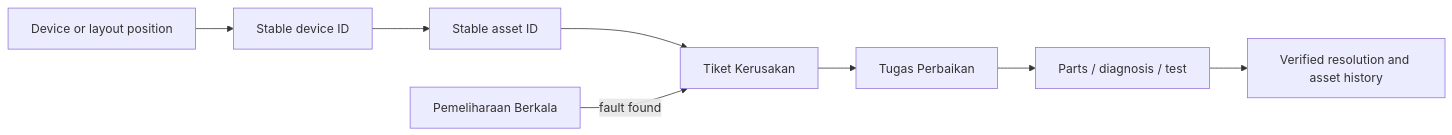
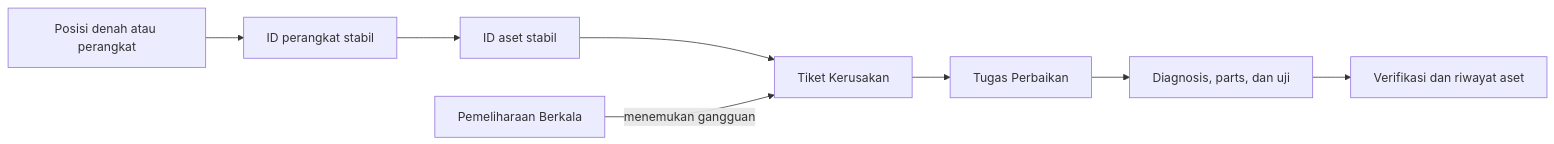
Before and after one commit to yogawillyutomo/SMARTLAB: the fourth of 4 diagrams in docs/product/SMARTLAB_OPERATIONAL_WORKFLOW_SPEC.md, drawn with Mermaid. The commit also changed other lines of this file and 1 other file, not shown here.

````diff
--- a/docs/product/SMARTLAB_OPERATIONAL_WORKFLOW_SPEC.md
+++ b/docs/product/SMARTLAB_OPERATIONAL_WORKFLOW_SPEC.md
@@ -127,10 +311,10 @@
 ```mermaid
 flowchart LR
-  A[Device or layout position] --> B[Stable device ID]
-  B --> C[Stable asset ID]
+  A[Posisi denah atau perangkat] --> B[ID perangkat stabil]
+  B --> C[ID aset stabil]
   C --> D[Tiket Kerusakan]
   D --> E[Tugas Perbaikan]
-  E --> F[Parts / diagnosis / test]
-  F --> G[Verified resolution and asset history]
-  H[Pemeliharaan Berkala] -->|fault found| D
+  E --> F[Diagnosis, parts, dan uji]
+  F --> G[Verifikasi dan riwayat aset]
+  H[Pemeliharaan Berkala] -->|menemukan gangguan| D
 ```
````
